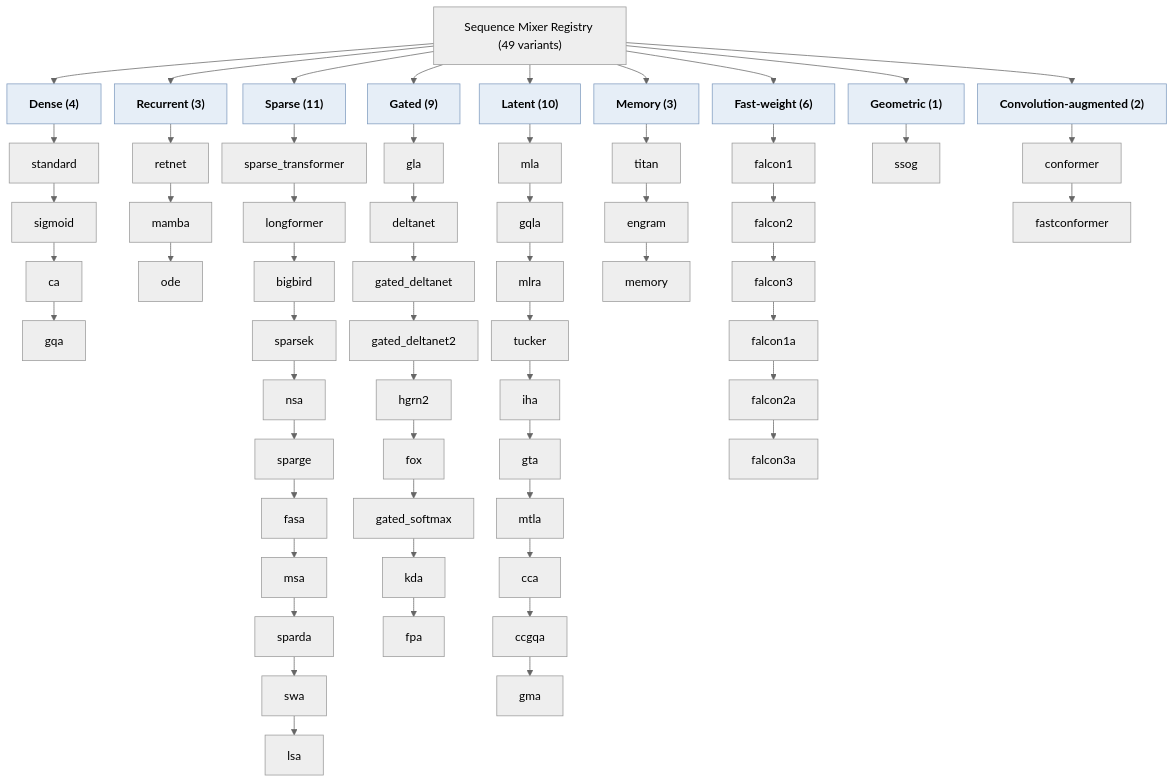
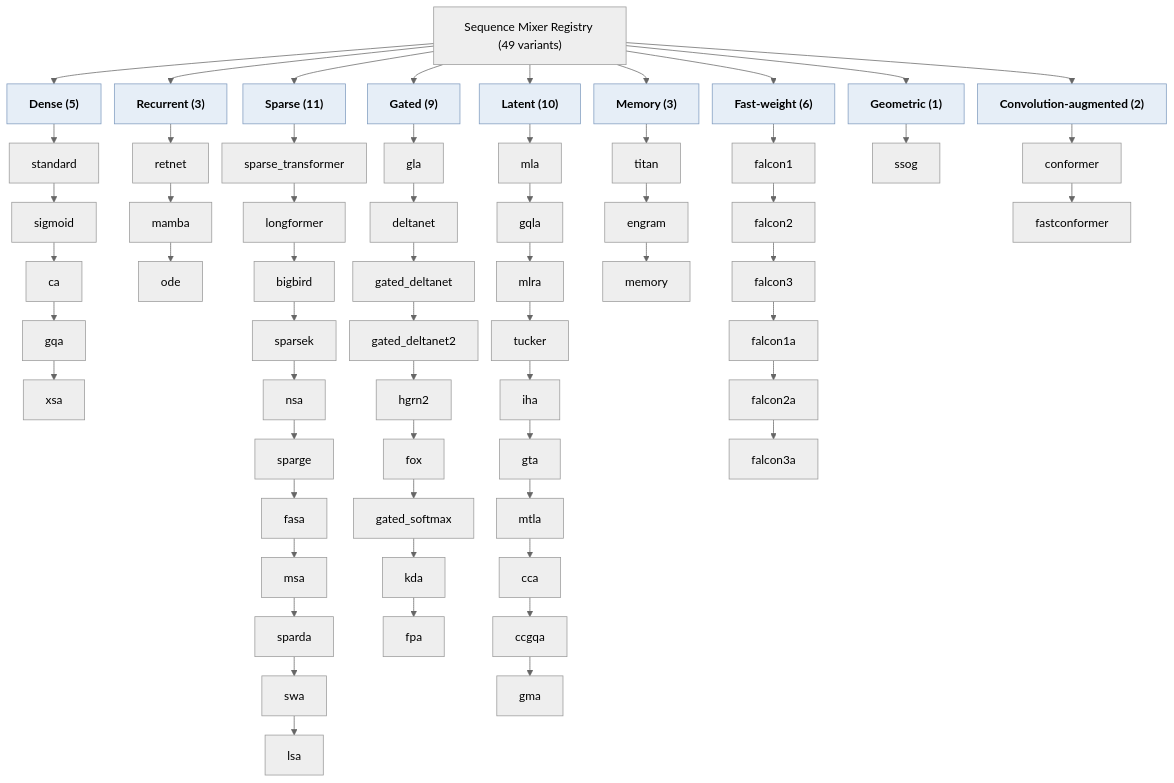
Before and after one commit to erickfmm/frankenstein-transformer: the diagram in docs/paper/figures/mixer-taxonomy.mmd, drawn with Mermaid. The commit also changed 48 other files, not shown here.

```diff
--- a/docs/paper/figures/mixer-taxonomy.mmd
+++ b/docs/paper/figures/mixer-taxonomy.mmd
@@ -1,34 +1,34 @@
 %%{init: {"theme":"neutral","flowchart":{"curve":"basis","nodeSpacing":18,"rankSpacing":26}}}%%
 flowchart TD
   root["Sequence Mixer Registry (49 variants)"]
 
-  d["Dense (4)"] --> d1["standard"] --> d2["sigmoid"] --> d2b["ca"] --> d3["gqa"]
+  d["Dense (5)"] --> d1["standard"] --> d2["sigmoid"] --> d2b["ca"] --> d3["gqa"] --> d4["xsa"]
 
   r["Recurrent (3)"] --> r1["retnet"] --> r2["mamba"] --> r3["ode"]
 
   s["Sparse (11)"] --> s1["sparse_transformer"] --> s2["longformer"] --> s3["bigbird"] --> s4["sparsek"] --> s5["nsa"] --> s6["sparge"] --> s7["fasa"] --> s8["msa"] --> s9["sparda"] --> s10["swa"] --> s11["lsa"]
 
   g["Gated (9)"] --> g1["gla"] --> g2["deltanet"] --> g3["gated_deltanet"] --> g4["gated_deltanet2"] --> g5["hgrn2"] --> g6["fox"] --> g7["gated_softmax"] --> g8["kda"] --> g9["fpa"]
 
   l["Latent (10)"] --> l1["mla"] --> l2["gqla"] --> l3["mlra"] --> l4["tucker"] --> l5["iha"] --> l6["gta"] --> l7["mtla"] --> l8["cca"] --> l9["ccgqa"] --> l10["gma"]
 
   m["Memory (3)"] --> m1["titan"] --> m2["engram"] --> m3["memory"]
 
   f["Fast-weight (6)"] --> f1["falcon1"] --> f2["falcon2"] --> f3["falcon3"] --> f4["falcon1a"] --> f5["falcon2a"] --> f6["falcon3a"]
 
   x["Geometric (1)"] --> x1["ssog"]
 
   c["Convolution-augmented (2)"] --> c1["conformer"] --> c2["fastconformer"]
 
   root --> d
   root --> r
   root --> s
   root --> g
   root --> l
   root --> m
   root --> f
   root --> x
   root --> c
 
   classDef category fill:#e6eef7,stroke:#7f9bbf,font-weight:bold
   class d,r,s,g,l,m,f,x,c category
```
